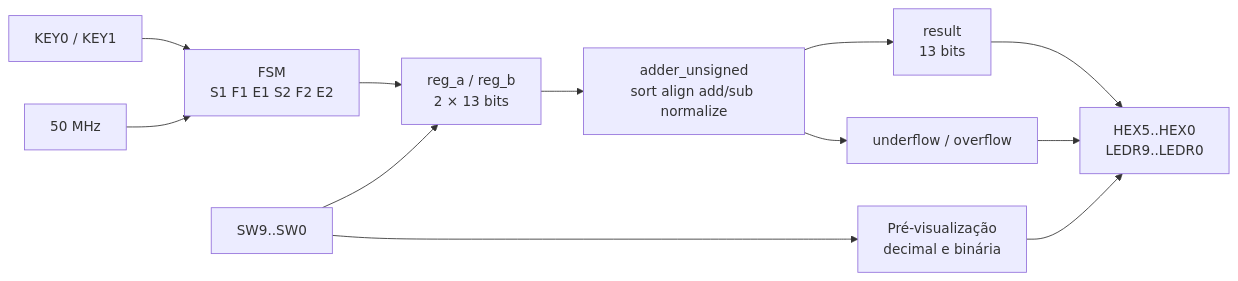
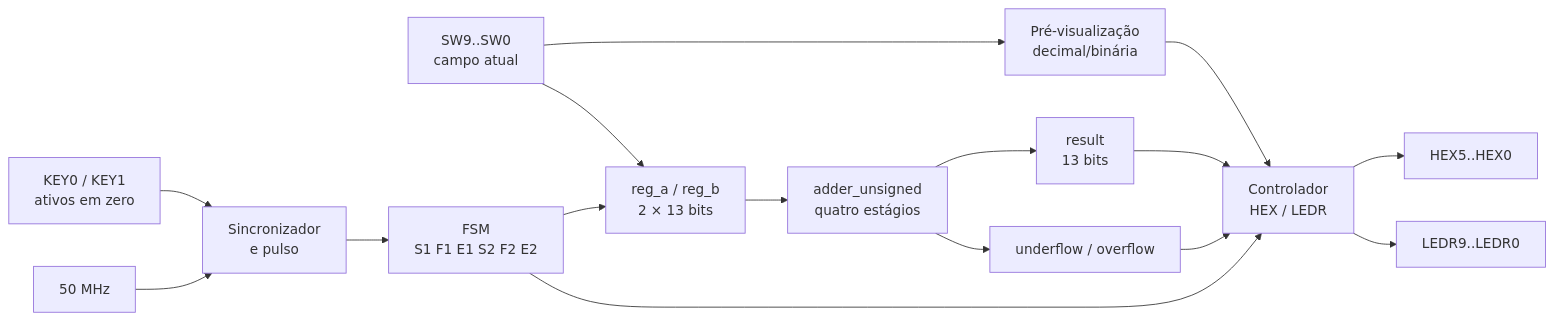
Before and after one commit to guiPython/de10-lite-fp-adder: the third of 3 diagrams in README.md, drawn with Mermaid. The commit also changed other lines of this file and 9 other files, not shown here.

````diff
--- a/README.md
+++ b/README.md
@@ -113,14 +139,18 @@
 ```mermaid
 flowchart LR
-    SW["SW9..SW0"] --> UI["Pré-visualização<br/>decimal e binária"]
-    KEY["KEY0 / KEY1"] --> FSM["FSM<br/>S1 F1 E1 S2 F2 E2"]
-    CLK["50 MHz"] --> FSM
-    FSM --> REG["reg_a / reg_b<br/>2 × 13 bits"]
-    SW --> REG
-    REG --> ADDER["adder_unsigned<br/>sort align add/sub normalize"]
-    ADDER --> RES["result<br/>13 bits"]
-    ADDER --> FLAGS["underflow / overflow"]
-    RES --> OUT["HEX5..HEX0<br/>LEDR9..LEDR0"]
-    FLAGS --> OUT
-    UI --> OUT
+    SW["SW9..SW0<br/>campo atual"] --> PREVIEW["Pré-visualização<br/>decimal/binária"]
+    SW --> REG["reg_a / reg_b<br/>2 × 13 bits"]
+    KEY["KEY0 / KEY1<br/>ativos em zero"] --> SYNC["Sincronizador<br/>e pulso"]
+    CLK["50 MHz"] --> SYNC
+    SYNC --> FSM["FSM<br/>S1 F1 E1 S2 F2 E2"]
+    FSM --> REG
+    REG --> ADD["adder_unsigned<br/>quatro estágios"]
+    ADD --> RES["result<br/>13 bits"]
+    ADD --> FLAGS["underflow / overflow"]
+    PREVIEW --> UI["Controlador<br/>HEX / LEDR"]
+    FSM --> UI
+    RES --> UI
+    FLAGS --> UI
+    UI --> HEX["HEX5..HEX0"]
+    UI --> LED["LEDR9..LEDR0"]
 ```
````
